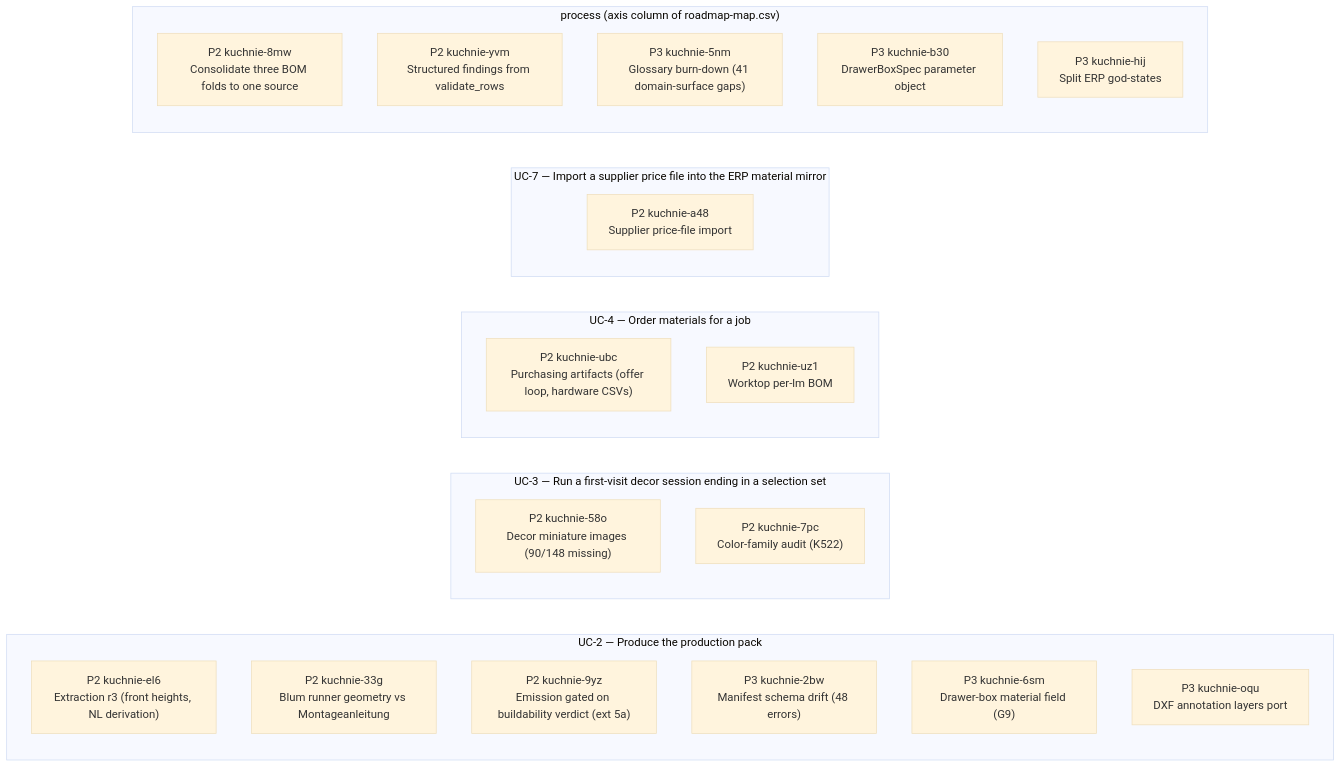
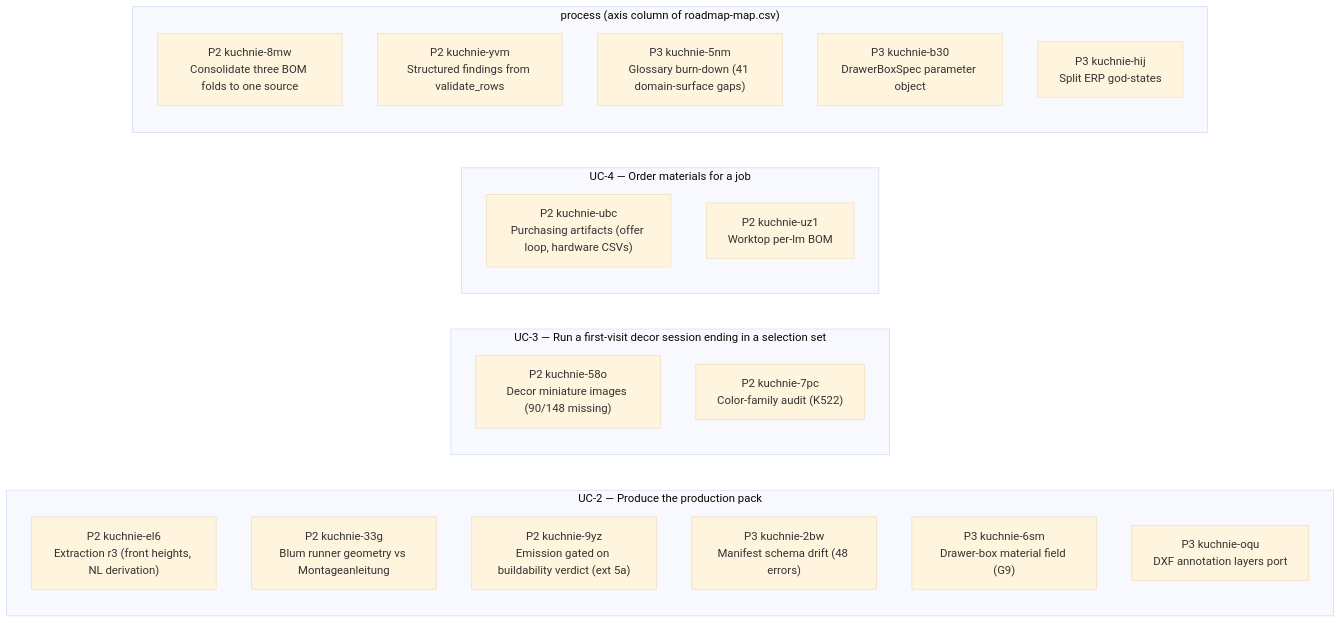
The second of 2 diagrams in STATUS.md (m1981/kuchnie), drawn with Mermaid (base theme) before and after one commit. The commit also changed other lines of this file and 5 other files, not shown here.

````diff
--- a/STATUS.md
+++ b/STATUS.md
@@ -145,29 +143,26 @@
 ```mermaid
 flowchart LR
     subgraph gUC_2 ["UC-2 — Produce the production pack"]
         u_kuchnie_el6["P2 kuchnie-el6<br/>Extraction r3 (front heights, NL derivation)"]
         u_kuchnie_33g["P2 kuchnie-33g<br/>Blum runner geometry vs Montageanleitung"]
         u_kuchnie_9yz["P2 kuchnie-9yz<br/>Emission gated on buildability verdict (ext 5a)"]
         u_kuchnie_2bw["P3 kuchnie-2bw<br/>Manifest schema drift (48 errors)"]
         u_kuchnie_6sm["P3 kuchnie-6sm<br/>Drawer-box material field (G9)"]
         u_kuchnie_oqu["P3 kuchnie-oqu<br/>DXF annotation layers port"]
     end
     subgraph gUC_3 ["UC-3 — Run a first-visit decor session ending in a selection set"]
         u_kuchnie_58o["P2 kuchnie-58o<br/>Decor miniature images (90/148 missing)"]
         u_kuchnie_7pc["P2 kuchnie-7pc<br/>Color-family audit (K522)"]
     end
     subgraph gUC_4 ["UC-4 — Order materials for a job"]
         u_kuchnie_ubc["P2 kuchnie-ubc<br/>Purchasing artifacts (offer loop, hardware CSVs)"]
         u_kuchnie_uz1["P2 kuchnie-uz1<br/>Worktop per-lm BOM"]
     end
-    subgraph gUC_7 ["UC-7 — Import a supplier price file into the ERP material mirror"]
-        u_kuchnie_a48["P2 kuchnie-a48<br/>Supplier price-file import"]
-    end
     subgraph g_none ["process (axis column of roadmap-map.csv)"]
         u_kuchnie_8mw["P2 kuchnie-8mw<br/>Consolidate three BOM folds to one source"]
         u_kuchnie_yvm["P2 kuchnie-yvm<br/>Structured findings from validate_rows"]
         u_kuchnie_5nm["P3 kuchnie-5nm<br/>Glossary burn-down (41 domain-surface gaps)"]
         u_kuchnie_b30["P3 kuchnie-b30<br/>DrawerBoxSpec parameter object"]
         u_kuchnie_hij["P3 kuchnie-hij<br/>Split ERP god-states"]
     end
 ```
````
